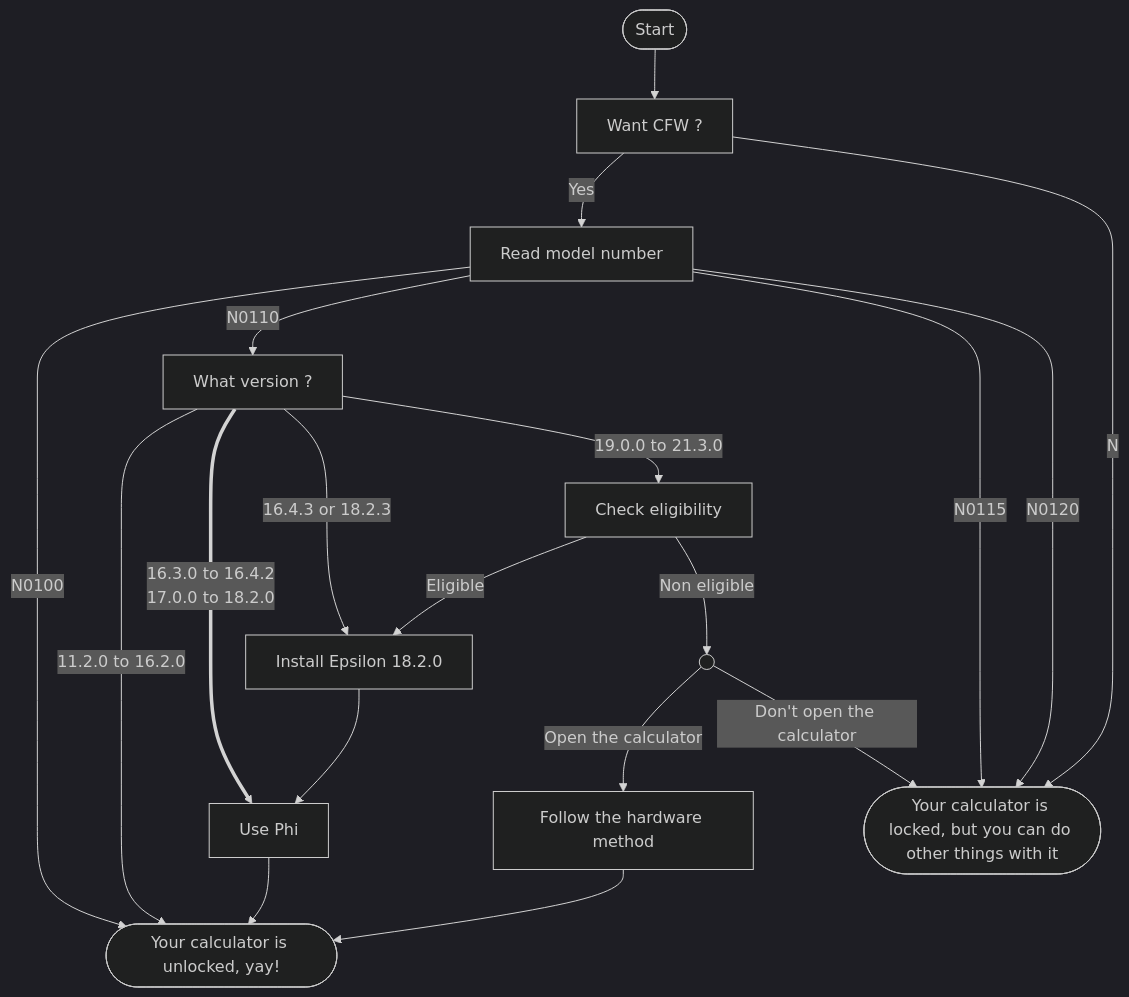
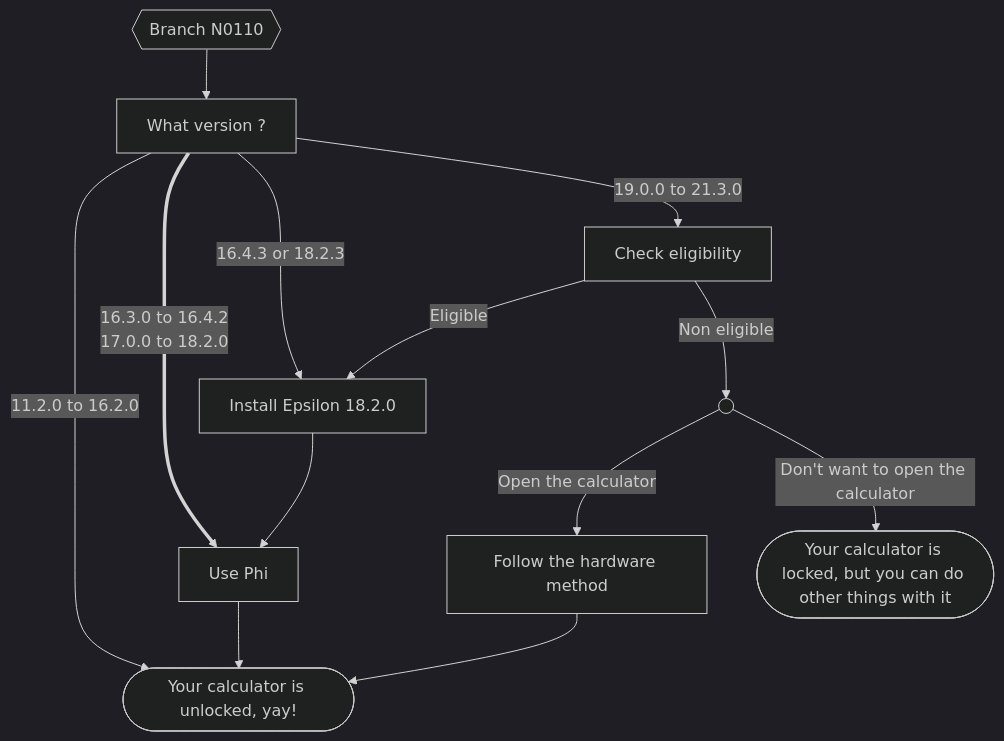
Before and after one commit to Omega-Numworks/Omega-Guide: the second of 3 diagrams in docs/flowchart.md, drawn with Mermaid (dark theme). The commit also changed other lines of this file, not shown here.

First line of the commit message:
Better flowchart

````diff
--- a/docs/flowchart.md
+++ b/docs/flowchart.md
@@ -12,30 +38,23 @@
 ```mermaid
 flowchart TD
     calc_unlocked([Your calculator is unlocked, yay!])
     calc_locked([Your calculator is locked, but you can do other things with it])
-    start([Start]) --> want_cfw[Want CFW ?]
-    want_cfw --Yes--> model_number[Read model number]
-    want_cfw --No--> calc_locked
-    model_number --N0100--> calc_unlocked
-    model_number --N0110--> check_version[What version ?]
-    model_number --N0115--> calc_locked
-    model_number --N0120--> calc_locked
+    start{{Branch N0110}} --> check_version[What version ?]
     check_version --11.2.0 to 16.2.0--> calc_unlocked
     check_version ==16.3.0 to 16.4.2\n17.0.0 to 18.2.0==> phi[Use Phi]
     check_version --16.4.3 or 18.2.3--> install_18_2_0[Install Epsilon 18.2.0]
     check_version --19.0.0 to 21.3.0--> downgrade_check[Check eligibility]
     downgrade_check --Eligible--> install_18_2_0
     downgrade_check --Non eligible--> downgrade_fail(( )) --Open the calculator--> hardware_method[Follow the hardware method]
-    downgrade_fail --Don't open the calculator--> calc_locked
+    downgrade_fail --Don't want to open the calculator--> calc_locked
     install_18_2_0 --> phi
     phi & hardware_method --> calc_unlocked
 
-    click model_number "./intro"
     click check_version "./n0110/n0110-is-locked"
     click downgrade_check "./n0110/phi/check-version-change-eligibility"
     click install_18_2_0 "./n0110/phi/install-epsilon-18-2-0"
     click phi "./n0110/phi"
     click hardware_method "./n0110/hardware/n0110-hardware-unlock"
     click calc_locked "./no-custom/what-to-do-locked"
     click calc_unlocked "./cfw/choose-a-cfw"
 ```
````
